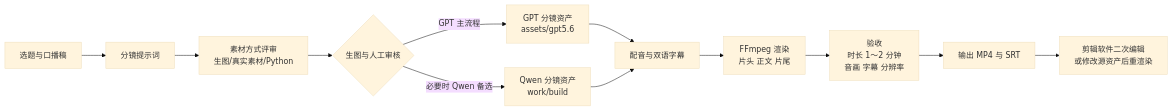
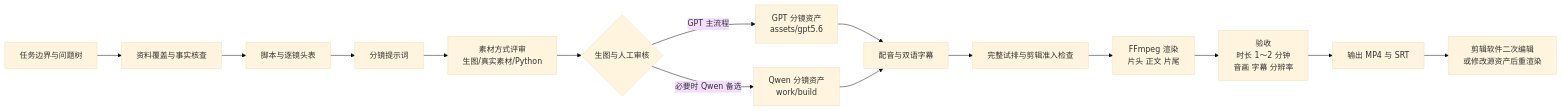
Before and after one commit to Lin-Drives/Video-Generate-Workflow: the diagram in README.md, drawn with Mermaid (base theme). The commit also changed other lines of this file and 4 other files, not shown here.

````diff
--- a/README.md
+++ b/README.md
@@ -15,14 +15,17 @@
 ```mermaid
 flowchart LR
-    A[选题与口播稿] --> B[分镜提示词]
+    A0[任务边界与问题树] --> A1[资料覆盖与事实核查]
+    A1 --> A[脚本与逐镜头表]
+    A --> B[分镜提示词]
     B --> B0[素材方式评审<br/>生图/真实素材/Python]
     B0 --> C{生图与人工审核}
     C -->|GPT 主流程| D[GPT 分镜资产<br/>assets/gpt5.6]
     C -->|必要时 Qwen 备选| E[Qwen 分镜资产<br/>work/build]
     D --> F[配音与双语字幕]
     E --> F
-    F --> G[FFmpeg 渲染<br/>片头 正文 片尾]
+    F --> F0[完整试排与剪辑准入检查]
+    F0 --> G[FFmpeg 渲染<br/>片头 正文 片尾]
     G --> H[验收<br/>时长 1～2 分钟<br/>音画 字幕 分辨率]
     H --> I[输出 MP4 与 SRT]
     I --> J[剪辑软件二次编辑<br/>或修改源资产后重渲染]
 ```
````
